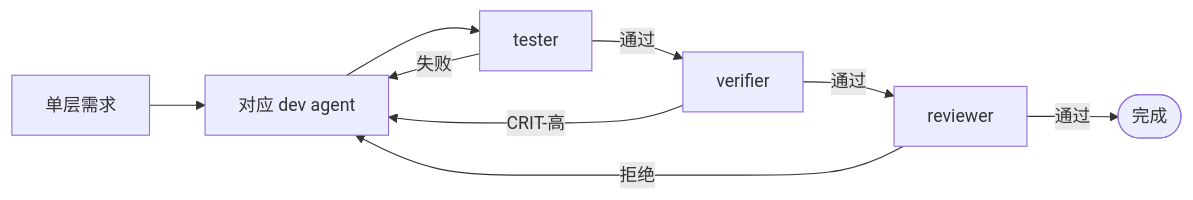
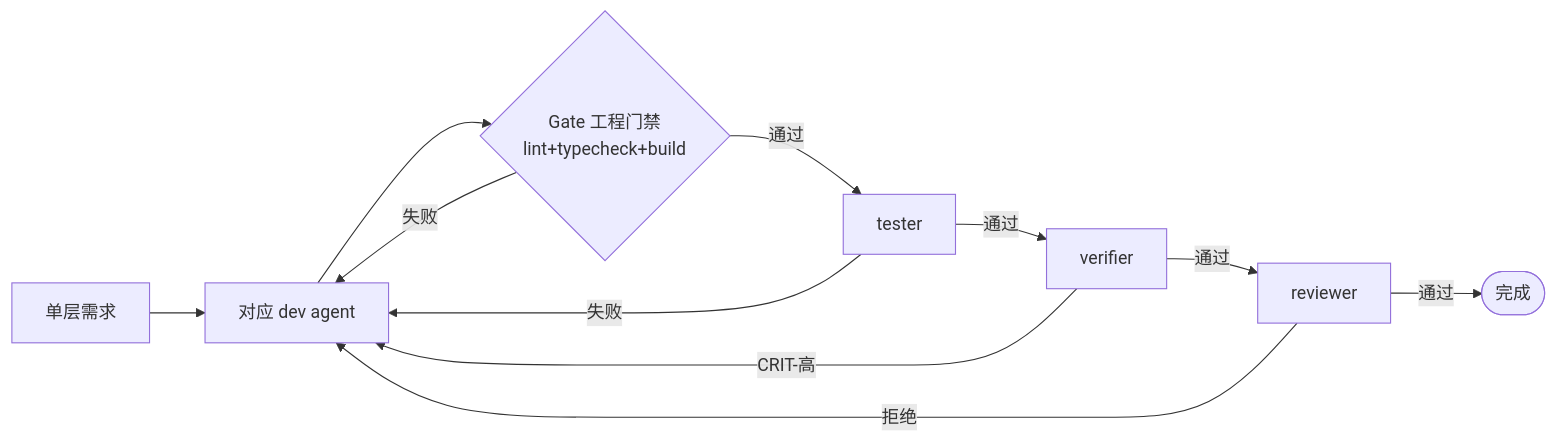
One commit to syl-lsy/Trip-AI changed the second of 4 diagrams in docs/agent-workflow.md. Above: the diagram before and after it, drawn with Mermaid. The commit also changed other lines of this file and 13 other files, not shown here.

````diff
--- a/docs/agent-workflow.md
+++ b/docs/agent-workflow.md
@@ -89,11 +96,13 @@
 ```mermaid
 graph LR
     Task[单层需求] --> Dev[对应 dev agent]
-    Dev --> Tester[tester]
+    Dev --> Gate{Gate 工程门禁<br/>lint+typecheck+build}
+    Gate -->|失败| Dev
+    Gate -->|通过| Tester[tester]
     Tester -->|通过| Verifier[verifier]
     Tester -->|失败| Dev
     Verifier -->|通过| Reviewer[reviewer]
     Verifier -->|CRIT-高| Dev
     Reviewer -->|通过| Done([完成])
     Reviewer -->|拒绝| Dev
 ```
````
